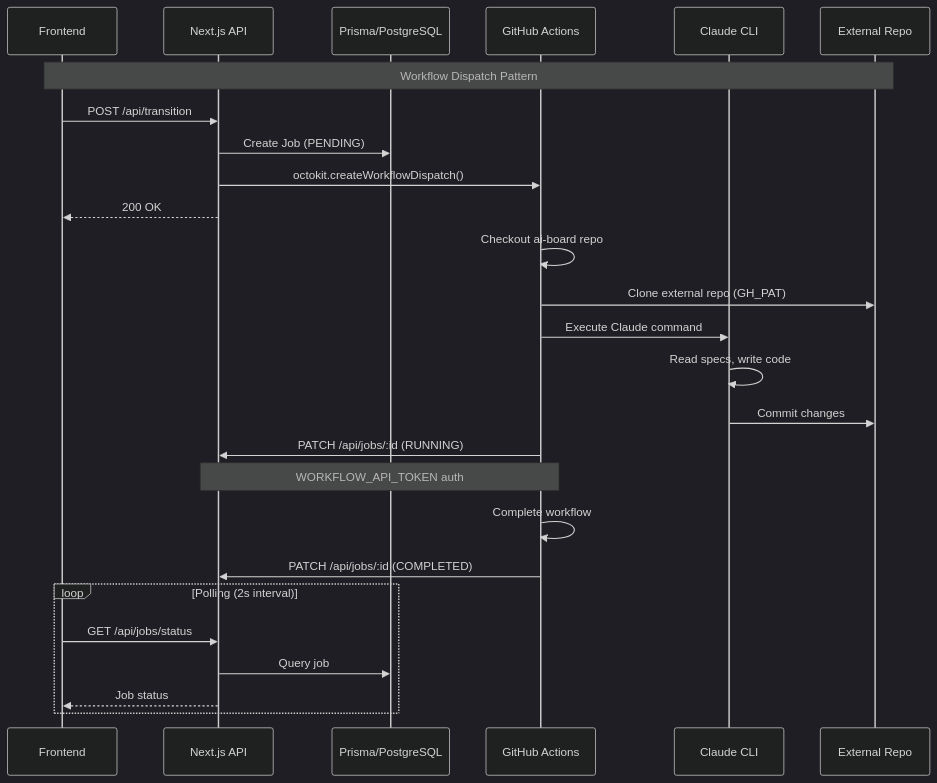
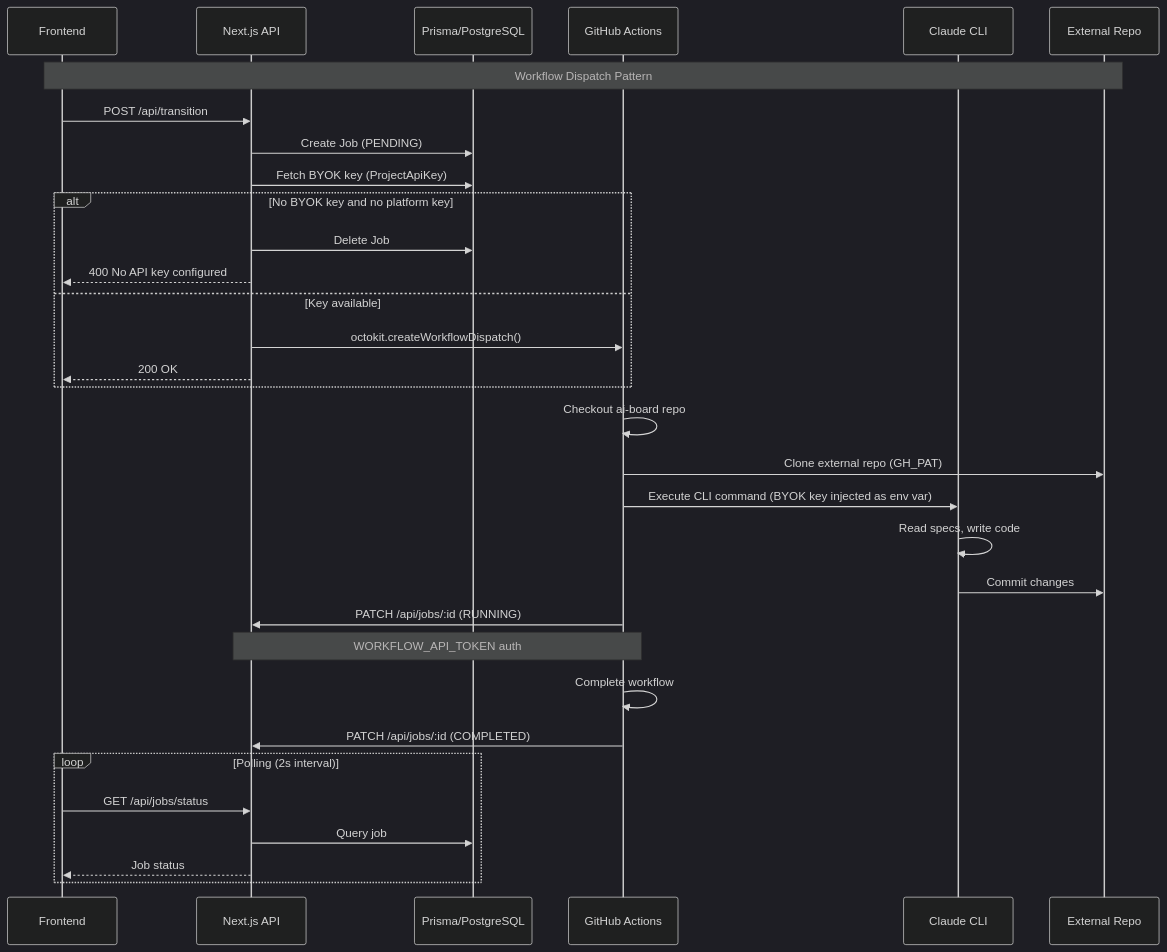
One commit to bfernandez31/ai-board changed the first of 5 diagrams in specs/specifications/technical/implementation/integrations.md. Above: the diagram before and after it, drawn with Mermaid (dark theme). The commit also changed other lines of this file and 4 other files, not shown here.

````diff
--- a/specs/specifications/technical/implementation/integrations.md
+++ b/specs/specifications/technical/implementation/integrations.md
@@ -7,35 +7,41 @@
 ```mermaid
 sequenceDiagram
     participant UI as Frontend
     participant API as Next.js API
     participant DB as Prisma/PostgreSQL
     participant GH as GitHub Actions
     participant CLI as Claude CLI
     participant Ext as External Repo
 
     Note over UI,Ext: Workflow Dispatch Pattern
 
     UI->>API: POST /api/transition
     API->>DB: Create Job (PENDING)
-    API->>GH: octokit.createWorkflowDispatch()
-    API-->>UI: 200 OK
+    API->>DB: Fetch BYOK key (ProjectApiKey)
+    alt No BYOK key and no platform key
+        API->>DB: Delete Job
+        API-->>UI: 400 No API key configured
+    else Key available
+        API->>GH: octokit.createWorkflowDispatch()
+        API-->>UI: 200 OK
+    end
 
     GH->>GH: Checkout ai-board repo
     GH->>Ext: Clone external repo (GH_PAT)
-    GH->>CLI: Execute Claude command
+    GH->>CLI: Execute CLI command (BYOK key injected as env var)
 
     CLI->>CLI: Read specs, write code
     CLI->>Ext: Commit changes
 
     GH->>API: PATCH /api/jobs/:id (RUNNING)
     Note over GH,API: WORKFLOW_API_TOKEN auth
 
     GH->>GH: Complete workflow
     GH->>API: PATCH /api/jobs/:id (COMPLETED)
 
     loop Polling (2s interval)
         UI->>API: GET /api/jobs/status
         API->>DB: Query job
         API-->>UI: Job status
     end
 ```
````
